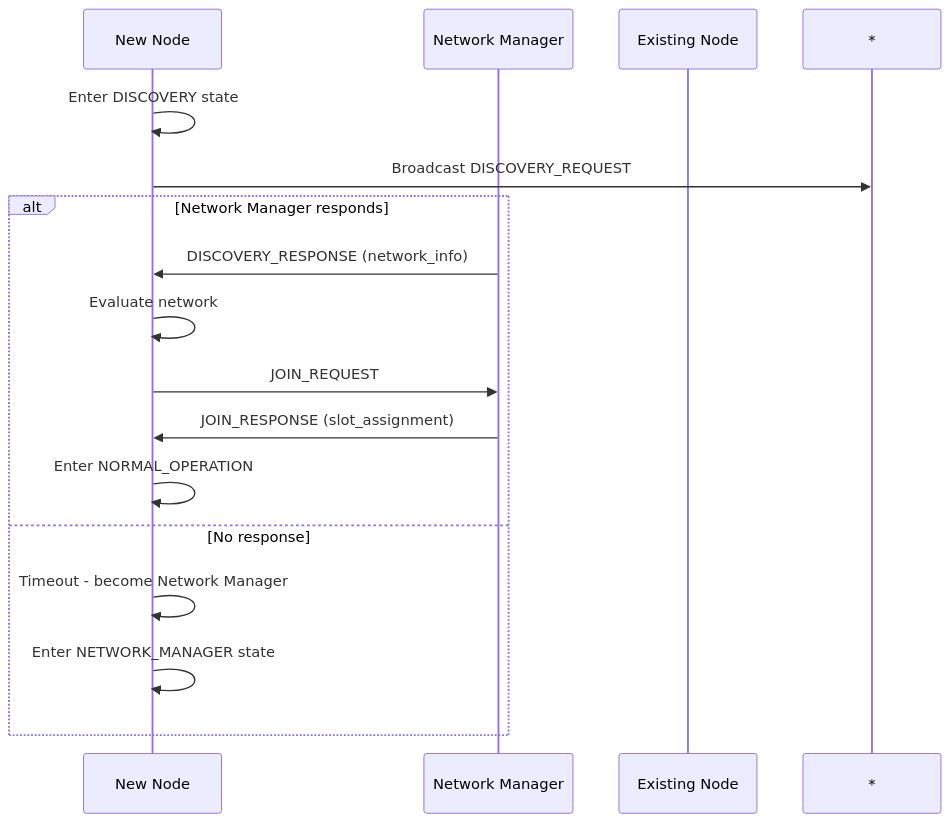
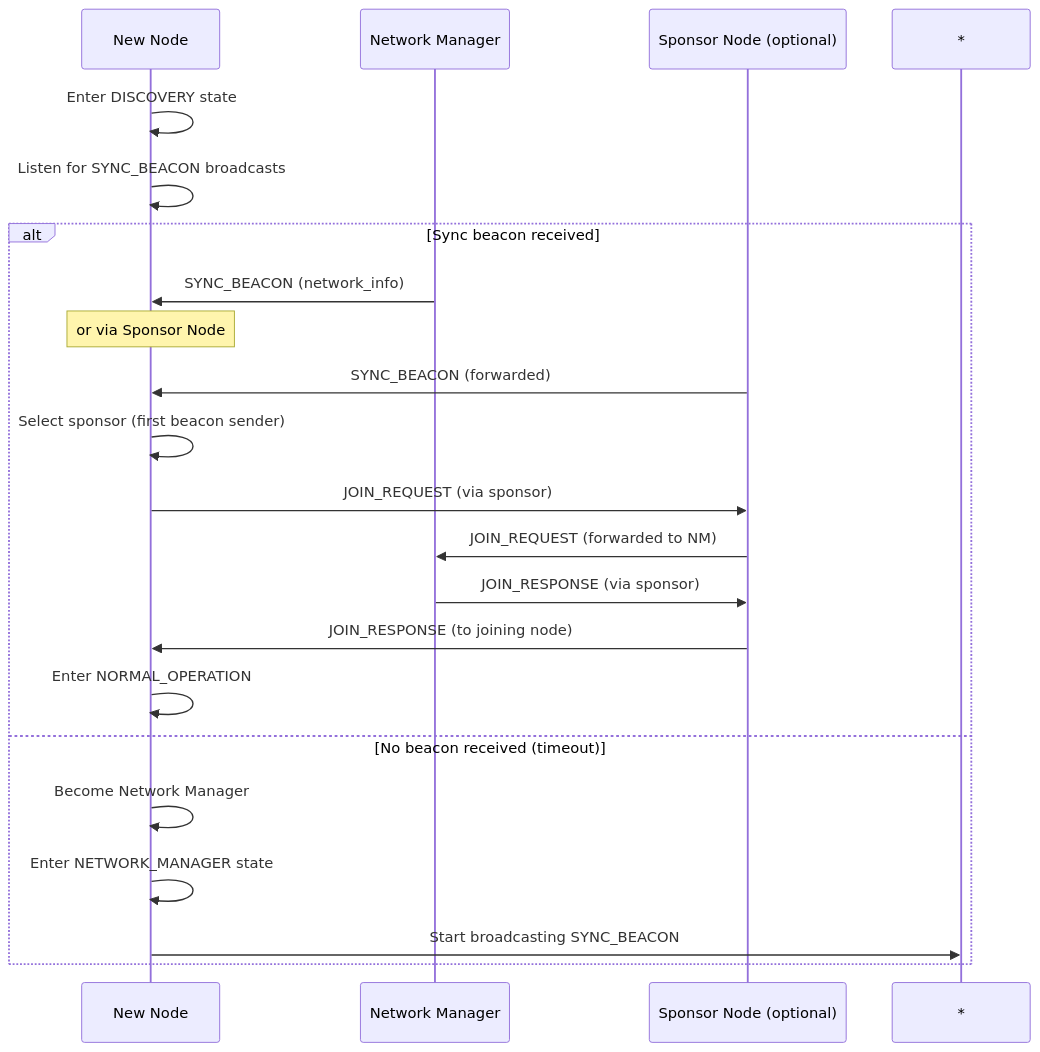
Diagram 16 of 19 in PROTOCOL_SPEC.md (manmuqingshan/LoRaMesher), drawn with Mermaid before and after one commit. The commit also changed other lines of this file and 3 other files, not shown here.

````diff
--- a/PROTOCOL_SPEC.md
+++ b/PROTOCOL_SPEC.md
@@ -1692,20 +1724,25 @@
 ```mermaid
 sequenceDiagram
     participant N as New Node
     participant M as Network Manager
-    participant E as Existing Node
-    
+    participant S as Sponsor Node (optional)
+
     N->>N: Enter DISCOVERY state
-    N->>*: Broadcast DISCOVERY_REQUEST
-    
-    alt Network Manager responds
-        M->>N: DISCOVERY_RESPONSE (network_info)
-        N->>N: Evaluate network
-        N->>M: JOIN_REQUEST
-        M->>N: JOIN_RESPONSE (slot_assignment)
+    N->>N: Listen for SYNC_BEACON broadcasts
+
+    alt Sync beacon received
+        M->>N: SYNC_BEACON (network_info)
+        Note over N: or via Sponsor Node
+        S->>N: SYNC_BEACON (forwarded)
+        N->>N: Select sponsor (first beacon sender)
+        N->>S: JOIN_REQUEST (via sponsor)
+        S->>M: JOIN_REQUEST (forwarded to NM)
+        M->>S: JOIN_RESPONSE (via sponsor)
+        S->>N: JOIN_RESPONSE (to joining node)
         N->>N: Enter NORMAL_OPERATION
-    else No response
-        N->>N: Timeout - become Network Manager
+    else No beacon received (timeout)
+        N->>N: Become Network Manager
         N->>N: Enter NETWORK_MANAGER state
+        N->>*: Start broadcasting SYNC_BEACON
     end
 ```
````
